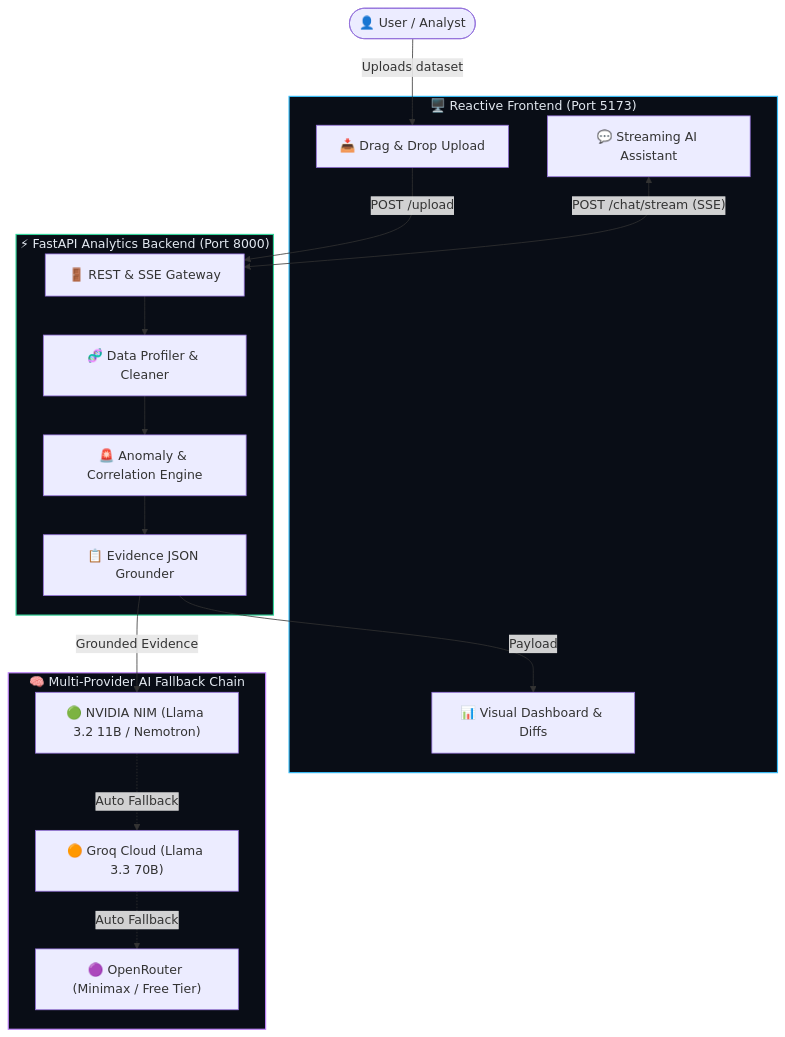
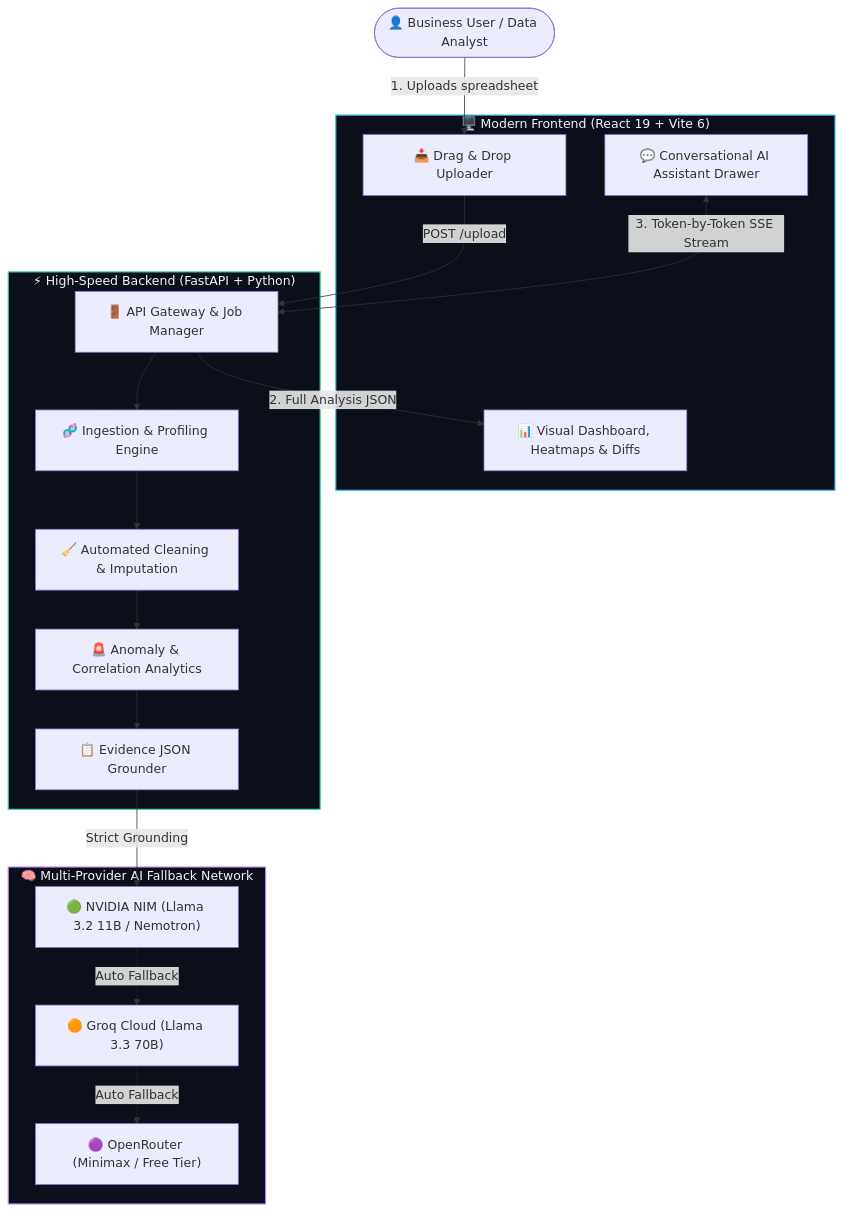
Before and after one commit to s1Siddharth/HackMee: the second of 2 diagrams in README.md, drawn with Mermaid. The commit also changed other lines of this file, not shown here.

Commit message:
docs: Redesign README with bold UI-matched capabilities, custom headers, and sleek flowcharts

````diff
--- a/README.md
+++ b/README.md
@@ -124,36 +119,37 @@
 ```mermaid
 flowchart TD
-    User(["👤 User / Analyst"])
+    User(["👤 Business User / Data Analyst"])
 
-    subgraph UI ["🖥️ Reactive Frontend (Port 5173)"]
-        Dropzone["📥 Drag & Drop Upload"]
-        Dashboard["📊 Visual Dashboard & Diffs"]
-        ChatDrawer["💬 Streaming AI Assistant"]
+    subgraph FrontendApp ["🖥️ Modern Frontend (React 19 + Vite 6)"]
+        Dropzone["📥 Drag & Drop Uploader"]
+        Dashboard["📊 Visual Dashboard, Heatmaps & Diffs"]
+        ChatDrawer["💬 Conversational AI Assistant Drawer"]
     end
 
-    subgraph Core ["⚡ FastAPI Analytics Backend (Port 8000)"]
-        Router["🚪 REST & SSE Gateway"]
-        Profiler["🧬 Data Profiler & Cleaner"]
-        Math["🚨 Anomaly & Correlation Engine"]
-        EvidenceGen["📋 Evidence JSON Grounder"]
+    subgraph BackendApp ["⚡ High-Speed Backend (FastAPI + Python)"]
+        Gateway["🚪 API Gateway & Job Manager"]
+        ProfilerEngine["🧬 Ingestion & Profiling Engine"]
+        CleanerEngine["🧹 Automated Cleaning & Imputation"]
+        AnomalyEngine["🚨 Anomaly & Correlation Analytics"]
+        EvidenceBuilder["📋 Evidence JSON Grounder"]
     end
 
-    subgraph LLMChain ["🧠 Multi-Provider AI Fallback Chain"]
+    subgraph LLMProviders ["🧠 Multi-Provider AI Fallback Network"]
         NVIDIA["🟢 NVIDIA NIM (Llama 3.2 11B / Nemotron)"]
         Groq["🟠 Groq Cloud (Llama 3.3 70B)"]
         OpenRouter["🟣 OpenRouter (Minimax / Free Tier)"]
     end
 
-    User -->|"Uploads dataset"| Dropzone
-    Dropzone -->|"POST /upload"| Router
-    Router --> Profiler --> Math --> EvidenceGen
-    EvidenceGen -->|"Grounded Evidence"| NVIDIA
+    User -->|"1. Uploads spreadsheet"| Dropzone
+    Dropzone -->|"POST /upload"| Gateway
+    Gateway --> ProfilerEngine --> CleanerEngine --> AnomalyEngine --> EvidenceBuilder
+    EvidenceBuilder -->|"Strict Grounding"| NVIDIA
     NVIDIA -.->|"Auto Fallback"| Groq -.->|"Auto Fallback"| OpenRouter
     
-    EvidenceGen -->|"Payload"| Dashboard
-    ChatDrawer <-->|"POST /chat/stream (SSE)"| Router
+    Gateway -->|"2. Full Analysis JSON"| Dashboard
+    ChatDrawer <-->|"3. Token-by-Token SSE Stream"| Gateway
 
-    style UI fill:#090d16,stroke:#38bdf8,stroke-width:1.5px,color:#e2e8f0
-    style Core fill:#090d16,stroke:#34d399,stroke-width:1.5px,color:#e2e8f0
-    style LLMChain fill:#090d16,stroke:#c084fc,stroke-width:1.5px,color:#e2e8f0
+    style FrontendApp fill:#0b0f19,stroke:#38bdf8,stroke-width:1.5px,color:#f1f5f9
+    style BackendApp fill:#0b0f19,stroke:#34d399,stroke-width:1.5px,color:#f1f5f9
+    style LLMProviders fill:#0b0f19,stroke:#c084fc,stroke-width:1.5px,color:#f1f5f9
 ```
````
